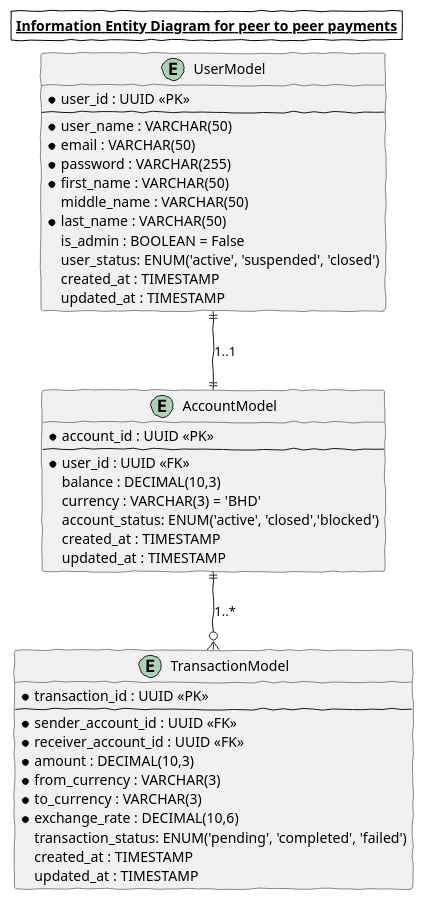
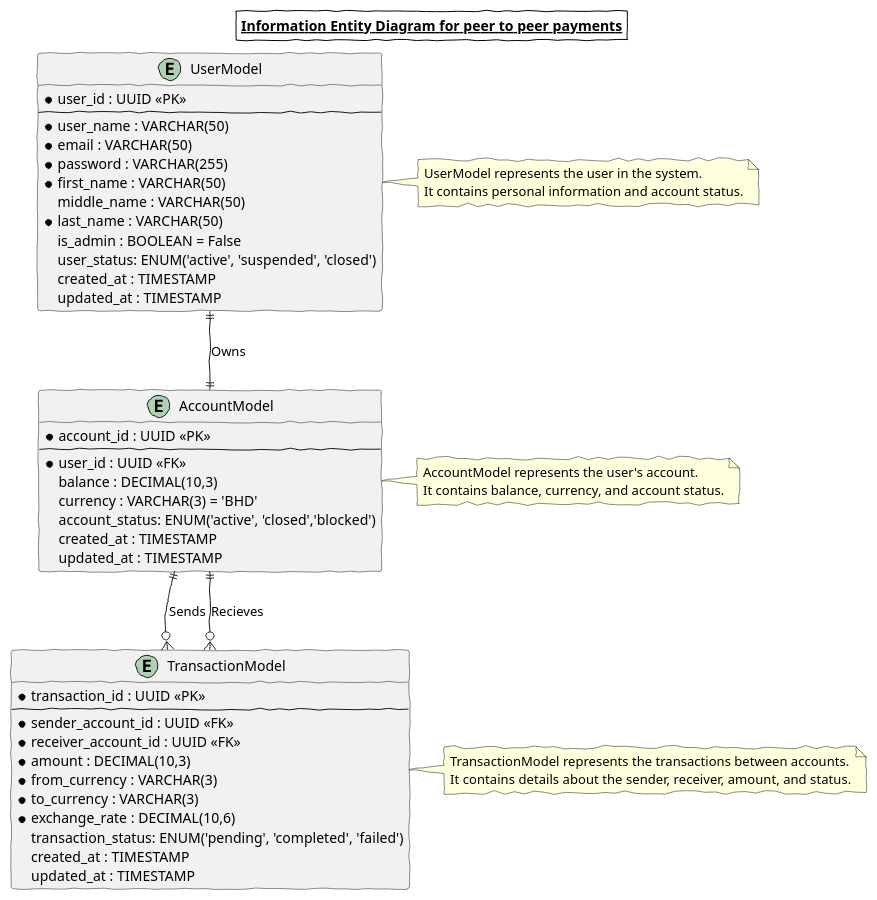
The diagram in docs/diagrams/src/model/ied.wsd (bhalshaker/fastapi-peer2peer-payments), drawn with PlantUML before and after one commit. The commit also changed 19 other files, not shown here.

Commit message:
Change diagrams from png to svg

```diff
--- a/docs/diagrams/src/model/ied.wsd
+++ b/docs/diagrams/src/model/ied.wsd
@@ -1,50 +1,62 @@
 @startuml InformationEntityDiagram
 skinparam handwritten true
 skinparam titleBorder 1
 skinparam titleBorderColor black
 title **<u>Information Entity Diagram for peer to peer payments</u>**
 
 entity UserModel{
     *user_id : UUID <<PK>>
     --
     *user_name : VARCHAR(50)
     *email : VARCHAR(50)
     *password : VARCHAR(255)
     *first_name : VARCHAR(50)
     middle_name : VARCHAR(50)
     *last_name : VARCHAR(50)
     is_admin : BOOLEAN = False
     user_status: ENUM('active', 'suspended', 'closed')
     created_at : TIMESTAMP
     updated_at : TIMESTAMP
 }
 
 entity AccountModel{
     *account_id : UUID <<PK>>
     --
     *user_id : UUID <<FK>>
     balance : DECIMAL(10,3)
     currency : VARCHAR(3) = 'BHD'
     account_status: ENUM('active', 'closed','blocked')
     created_at : TIMESTAMP
     updated_at : TIMESTAMP
 }
 
 entity TransactionModel{
     *transaction_id : UUID <<PK>>
     --
     *sender_account_id : UUID <<FK>>
     *receiver_account_id : UUID <<FK>>
     *amount : DECIMAL(10,3)
     *from_currency : VARCHAR(3)
     *to_currency : VARCHAR(3)
     *exchange_rate : DECIMAL(10,6)
     transaction_status: ENUM('pending', 'completed', 'failed')
     created_at : TIMESTAMP
     updated_at : TIMESTAMP
 }
 
-UserModel ||--|| AccountModel : 1..1
-AccountModel ||--o{ TransactionModel : 1..*
-
+UserModel ||--|| AccountModel : Owns
+AccountModel ||--o{ TransactionModel : Sends
+AccountModel ||--o{ TransactionModel : Recieves
+note right of UserModel
+    UserModel represents the user in the system.
+    It contains personal information and account status.
+end note
+note right of AccountModel
+    AccountModel represents the user's account.
+    It contains balance, currency, and account status.
+end note
+note right of TransactionModel
+    TransactionModel represents the transactions between accounts.
+    It contains details about the sender, receiver, amount, and status.
+end note
 @enduml
```
